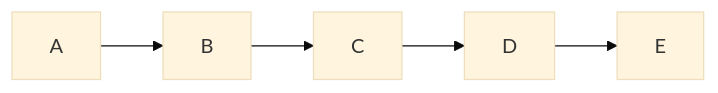
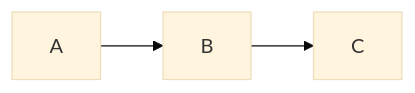
The diagram in all/未命名-1.md (milaLIAN/iodraw-files), drawn with Mermaid (base theme) before and after one commit.

Commit message:
2024-05-10 16:58:05 update

````diff
--- a/all/未命名-1.md
+++ b/all/未命名-1.md
@@ -1,9 +1,7 @@
 ```mermaid
 flowchart LR
     A-->B
     B-->C
-    C-->D
-    D-->E
     click A "https://img.gzzhitu.com/jGIJxLMjO.html" _blank
     click B "https://www.github.com" "Open this in a new tab" _blank
 ```
````
